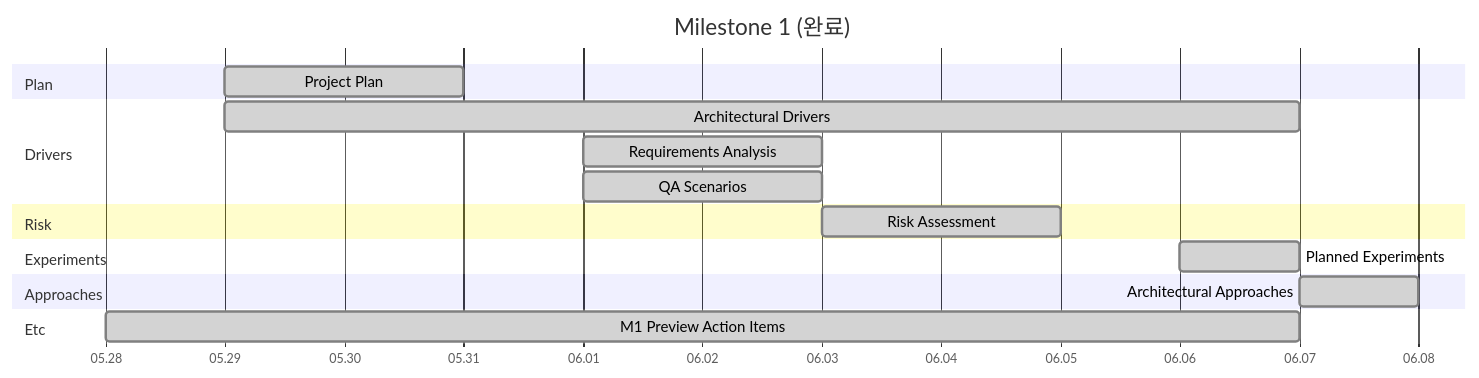
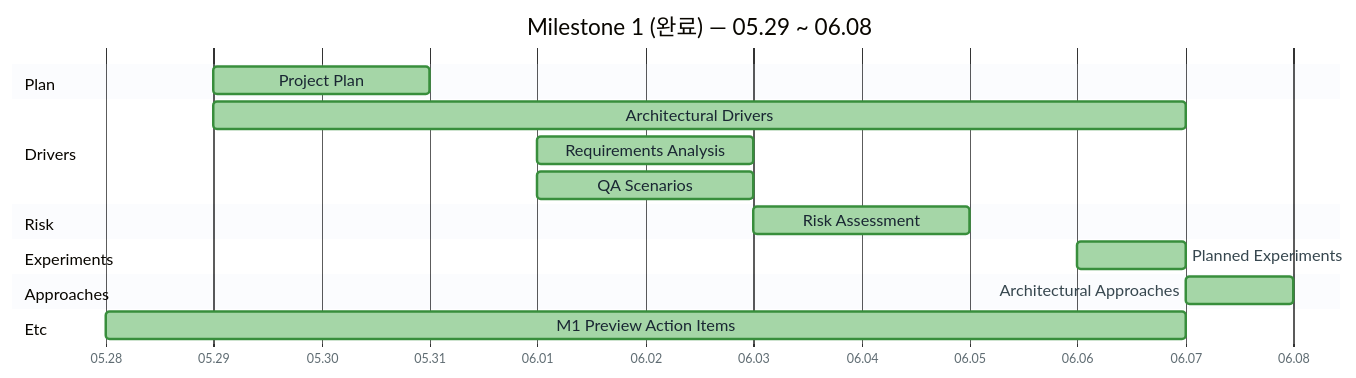
One commit to lgcmu2026-team5/TimeGrapher-Docs changed the first of 3 diagrams in Milestone1/Presentation/ko/Milestone1_1-Project-Plan.md. Above: the diagram before and after it, drawn with Mermaid. The commit also changed other lines of this file and 1 other file, not shown here.

First line of the commit message:
Restyle Project Plan Gantt charts and unify status markers

````diff
--- a/Milestone1/Presentation/ko/Milestone1_1-Project-Plan.md
+++ b/Milestone1/Presentation/ko/Milestone1_1-Project-Plan.md
@@ -14,27 +14,29 @@
 ```mermaid
-%%{init: {"gantt": {"useWidth": 1200, "barHeight": 24, "fontSize": 12, "sectionFontSize": 12}}}%%
+%%{init: {"theme":"base","themeVariables":{"fontSize":"14px","taskBkgColor":"#BBDEFB","taskBorderColor":"#1E88E5","taskTextDarkColor":"#1A2733","taskTextOutsideColor":"#37474F","activeTaskBkgColor":"#FFE082","activeTaskBorderColor":"#F9A825","doneTaskBkgColor":"#A5D6A7","doneTaskBorderColor":"#388E3C","sectionBkgColor":"#E8EEF7","altSectionBkgColor":"#FFFFFF","sectionBkgColor2":"#E8EEF7","todayLineColor":"#E53935","gridColor":"#CFD8DC","textColor":"#37474F"},"gantt":{"useWidth":1100,"barHeight":22,"barGap":6,"topPadding":50,"fontSize":13,"sectionFontSize":13,"numberSectionStyles":2}}}%%
 gantt
-    title Milestone 1 (완료)
+    title Milestone 1 (완료) — 05.29 ~ 06.08
     dateFormat YYYY-MM-DD
     axisFormat %m.%d
+    tickInterval 1day
+    todayMarker off
 
     section Plan
     Project Plan                  :done, 2026-05-29, 2026-05-31
 
     section Drivers
     Architectural Drivers         :done, 2026-05-29, 2026-06-07
     Requirements Analysis         :done, 2026-06-01, 2026-06-03
     QA Scenarios                  :done, 2026-06-01, 2026-06-03
 
     section Risk
     Risk Assessment               :done, 2026-06-03, 2026-06-05
 
     section Experiments
     Planned Experiments           :done, 2026-06-06, 2026-06-07
 
     section Approaches
     Architectural Approaches      :done, 2026-06-07, 2026-06-08
 
     section Etc
     M1 Preview Action Items       :done, 2026-05-28, 2026-06-07
 ```
````
